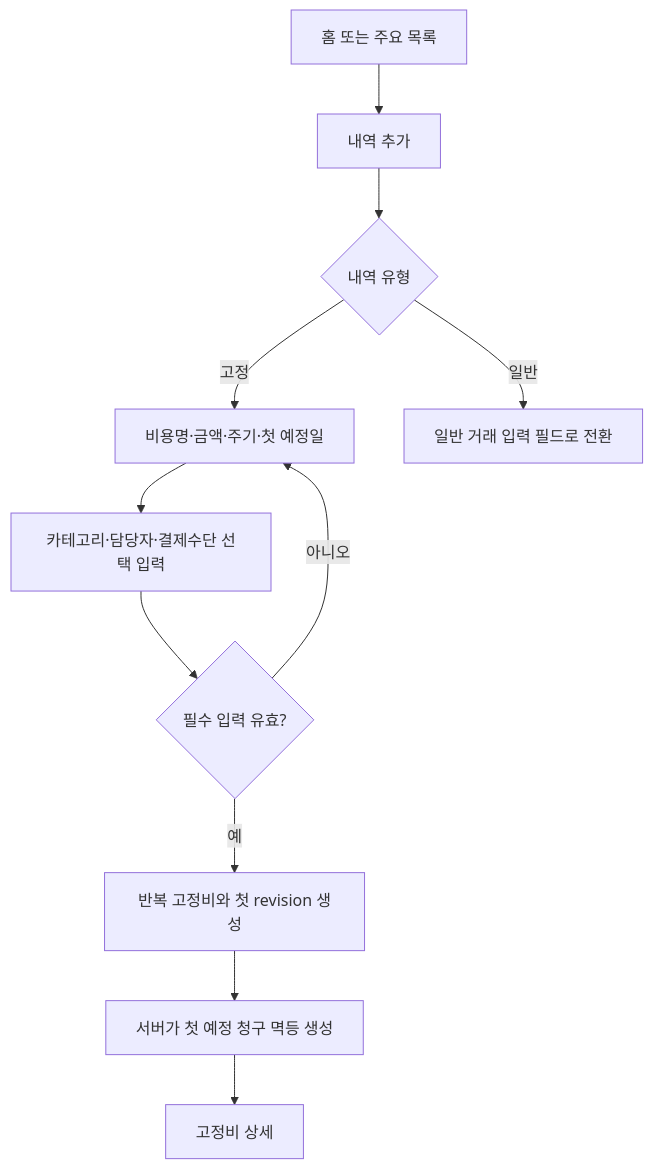
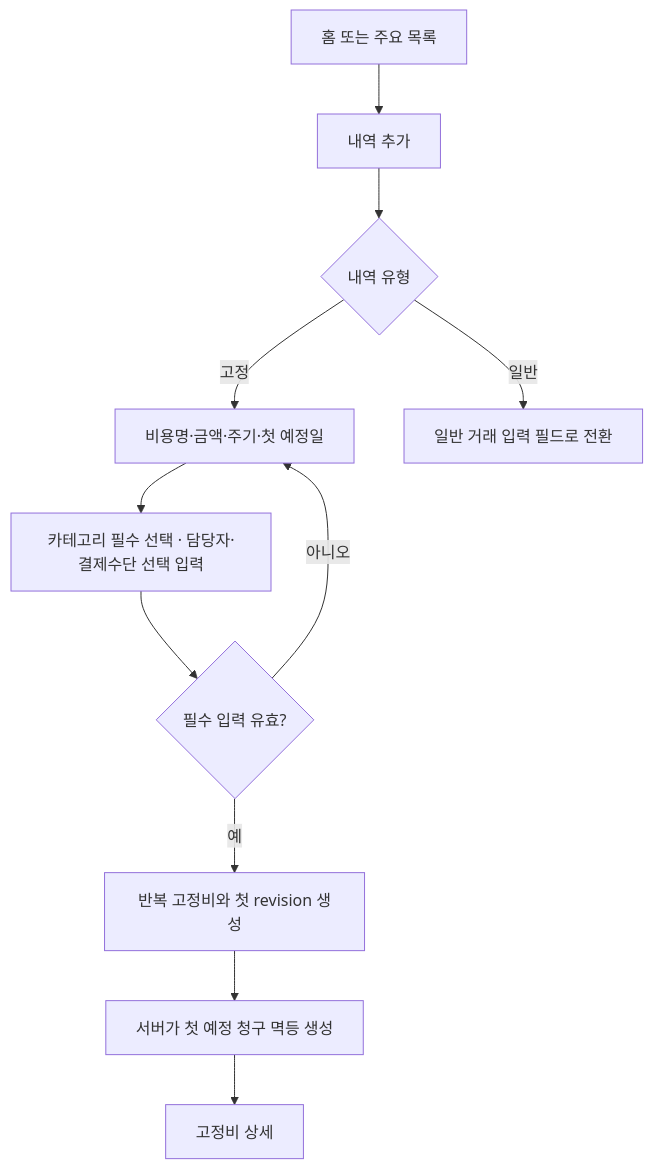
The second of 7 diagrams in docs/02-design/user-flow.md (hkcho11/handal-sallim), drawn with Mermaid before and after one commit. The commit also changed other lines of this file and 301 other files, not shown here.

````diff
--- a/docs/02-design/user-flow.md
+++ b/docs/02-design/user-flow.md
@@ -30,13 +34,13 @@
 ```mermaid
 flowchart TD
     A[홈 또는 주요 목록] --> B[내역 추가]
     B --> C{내역 유형}
     C -- 고정 --> D[비용명·금액·주기·첫 예정일]
-    D --> E[카테고리·담당자·결제수단 선택 입력]
+    D --> E[카테고리 필수 선택 · 담당자·결제수단 선택 입력]
     E --> F{필수 입력 유효?}
     F -- 아니오 --> D
     F -- 예 --> G[반복 고정비와 첫 revision 생성]
     G --> H[서버가 첫 예정 청구 멱등 생성]
     H --> I[고정비 상세]
     C -- 일반 --> J[일반 거래 입력 필드로 전환]
 ```
````
